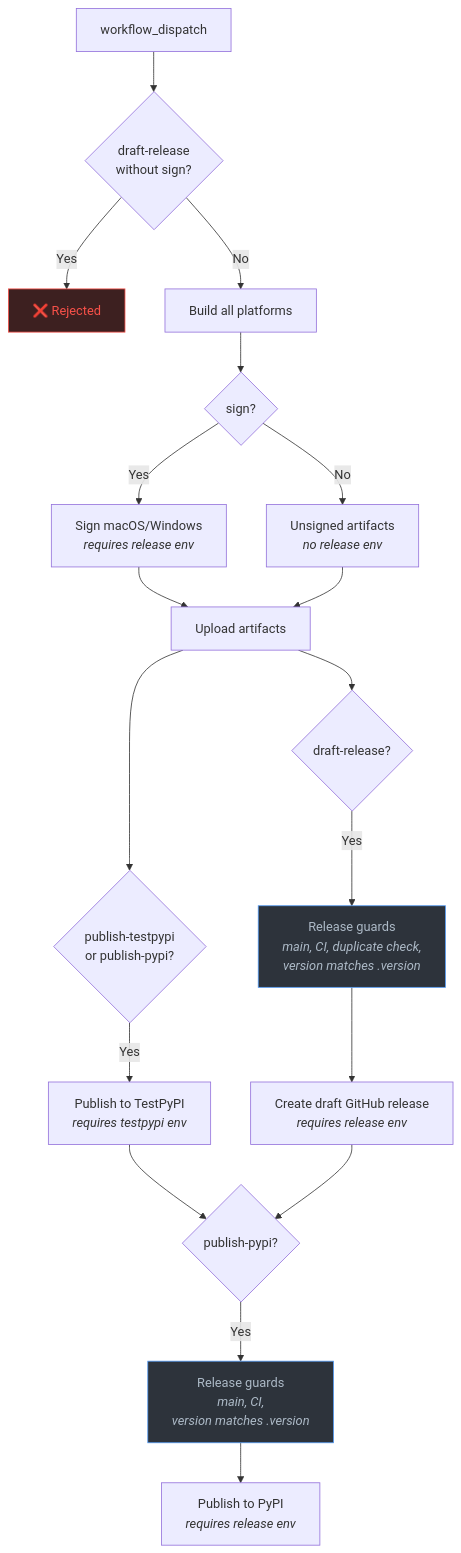
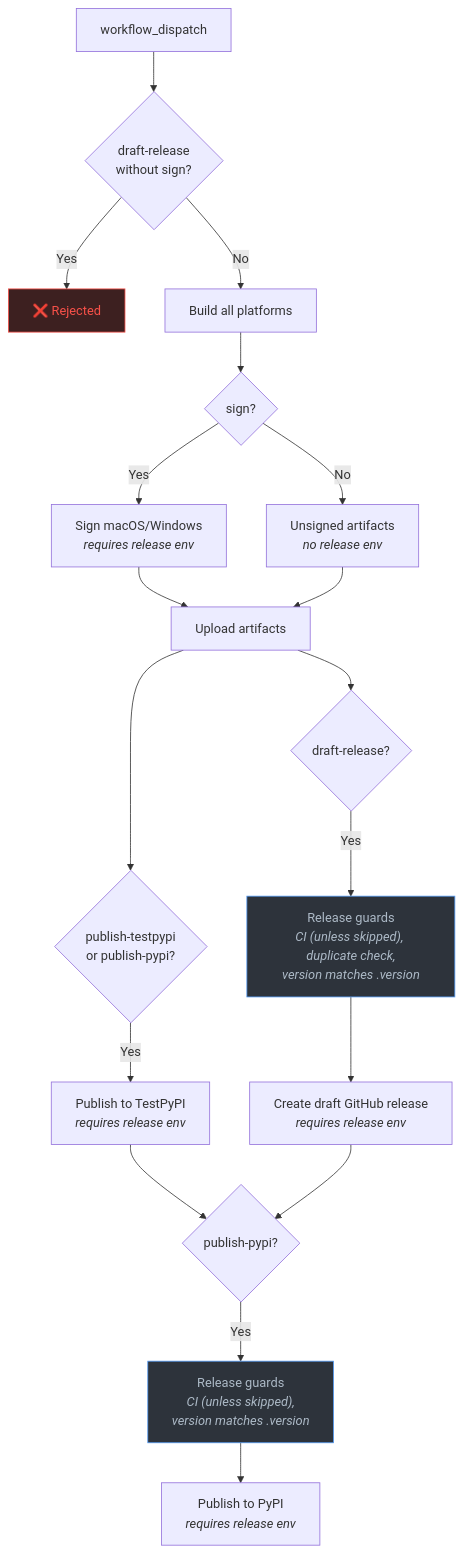
The third of 3 diagrams in docs/releasing.md (ankitects/anki), drawn with Mermaid before and after one commit. The commit also changed other lines of this file, not shown here.

First line of the commit message:
docs: update releasing.md for non-main branch support

````diff
--- a/docs/releasing.md
+++ b/docs/releasing.md
@@ -131,31 +138,31 @@
 ```mermaid
 flowchart TD
     start["workflow_dispatch"]
 
     start --> valid{"draft-release\nwithout sign?"}
     valid -- Yes --> rejected["❌ Rejected"]
     valid -- No --> build["Build all platforms"]
 
     build --> sign{"sign?"}
     sign -- Yes --> signed["Sign macOS/Windows\n<i>requires release env</i>"]
     sign -- No --> unsigned["Unsigned artifacts\n<i>no release env</i>"]
 
     signed --> artifacts["Upload artifacts"]
     unsigned --> artifacts
 
     artifacts --> draft{"draft-release?"}
-    draft -- Yes --> guards1["Release guards\n<i>main, CI, duplicate check,\nversion matches .version</i>"]
+    draft -- Yes --> guards1["Release guards\n<i>CI (unless skipped), duplicate check,\nversion matches .version</i>"]
     guards1 --> ghrel["Create draft GitHub release\n<i>requires release env</i>"]
 
     artifacts --> testpypi{"publish-testpypi\nor publish-pypi?"}
-    testpypi -- Yes --> tpypi["Publish to TestPyPI\n<i>requires testpypi env</i>"]
+    testpypi -- Yes --> tpypi["Publish to TestPyPI\n<i>requires release env</i>"]
 
     tpypi --> pypi{"publish-pypi?"}
-    pypi -- Yes --> guards2["Release guards\n<i>main, CI,\nversion matches .version</i>"]
+    pypi -- Yes --> guards2["Release guards\n<i>CI (unless skipped),\nversion matches .version</i>"]
     ghrel --> pypi
     guards2 --> realpypi["Publish to PyPI\n<i>requires release env</i>"]
 
     style rejected fill:#3d2020,stroke:#f85149,color:#f85149
     style guards1 fill:#2d333b,stroke:#539bf5,color:#adbac7
     style guards2 fill:#2d333b,stroke:#539bf5,color:#adbac7
 ```
````
